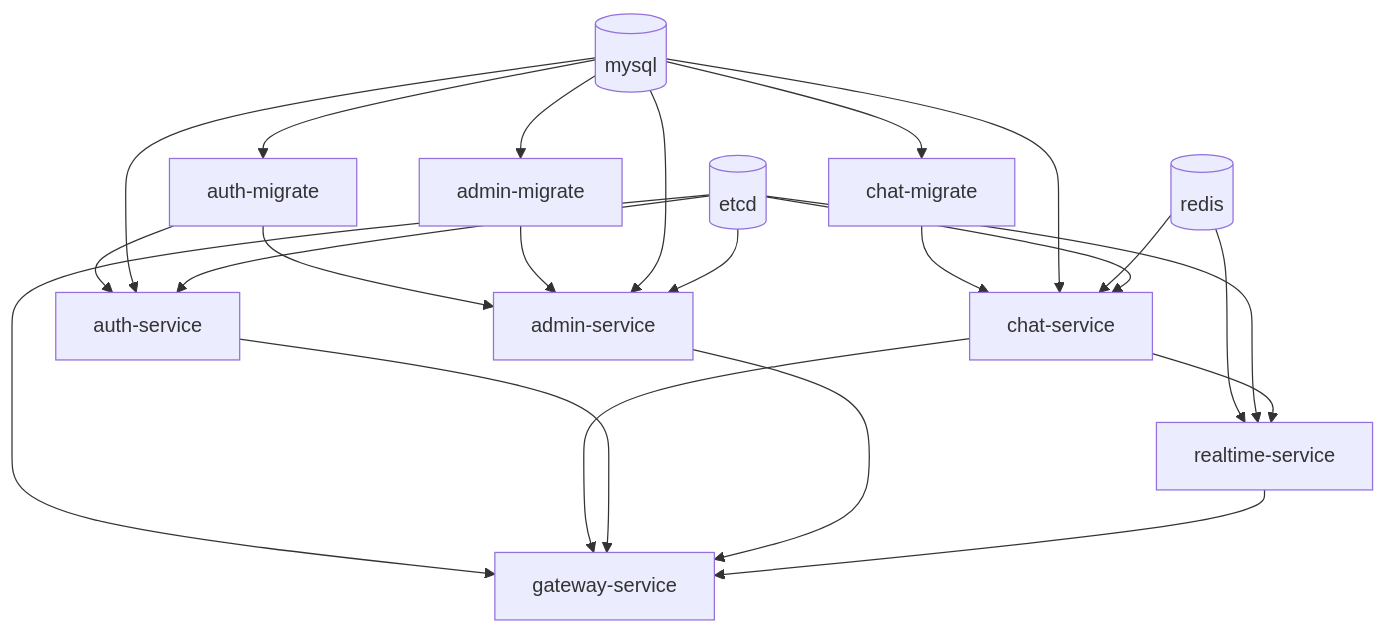
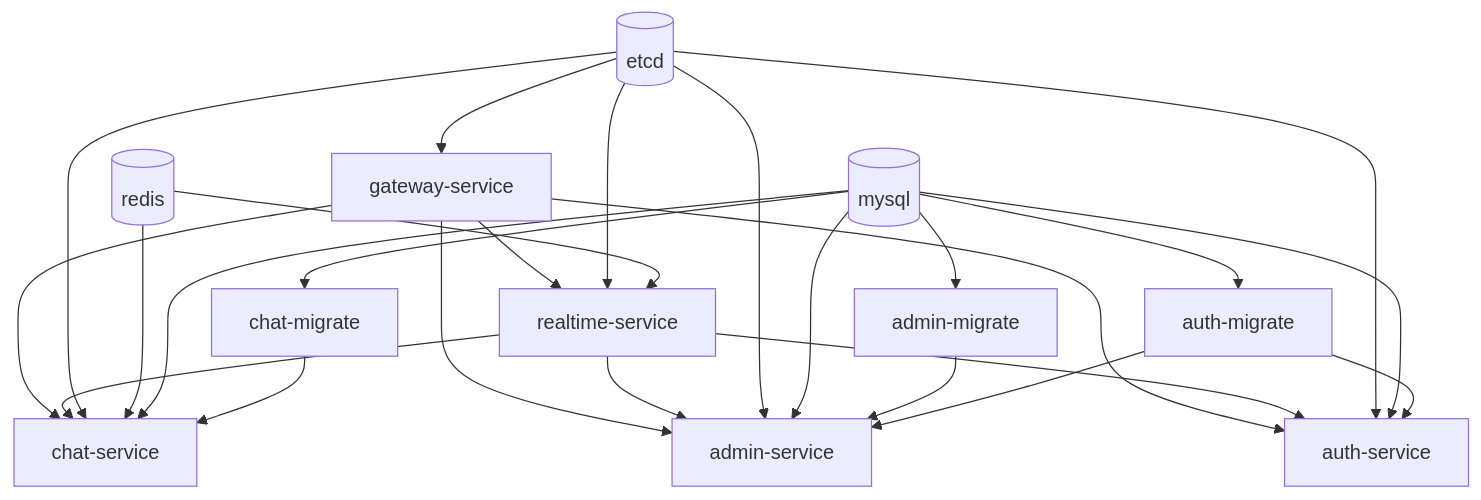
One commit to mituyang/InlineChat changed the seventh of 8 diagrams in docs/Mermaid.md. Above: the diagram before and after it, drawn with Mermaid. The commit also changed other lines of this file and 13 other files, not shown here.

````diff
--- a/docs/Mermaid.md
+++ b/docs/Mermaid.md
@@ -181,45 +184,47 @@
 ```mermaid
 flowchart TB
   MYSQL[(mysql)]
   REDIS[(redis)]
   ETCD[(etcd)]
 
   CHAT_MIGRATE[chat-migrate]
   AUTH_MIGRATE[auth-migrate]
   ADMIN_MIGRATE[admin-migrate]
 
   CHAT[chat-service]
   AUTH[auth-service]
   ADMIN[admin-service]
   REALTIME[realtime-service]
   GW[gateway-service]
 
   MYSQL --> CHAT_MIGRATE
   MYSQL --> AUTH_MIGRATE
   MYSQL --> ADMIN_MIGRATE
 
   CHAT_MIGRATE --> CHAT
   AUTH_MIGRATE --> AUTH
   AUTH_MIGRATE --> ADMIN
   ADMIN_MIGRATE --> ADMIN
 
   MYSQL --> CHAT
   MYSQL --> AUTH
   MYSQL --> ADMIN
 
   REDIS --> CHAT
   REDIS --> REALTIME
 
   ETCD --> CHAT
   ETCD --> AUTH
   ETCD --> ADMIN
   ETCD --> REALTIME
   ETCD --> GW
 
-  CHAT --> REALTIME
+  REALTIME --> CHAT
+  REALTIME --> AUTH
+  REALTIME --> ADMIN
 
-  CHAT --> GW
-  AUTH --> GW
-  ADMIN --> GW
-  REALTIME --> GW
+  GW --> CHAT
+  GW --> AUTH
+  GW --> ADMIN
+  GW --> REALTIME
 ```
````
